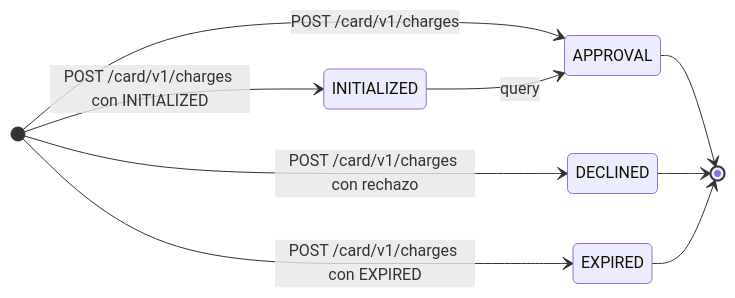
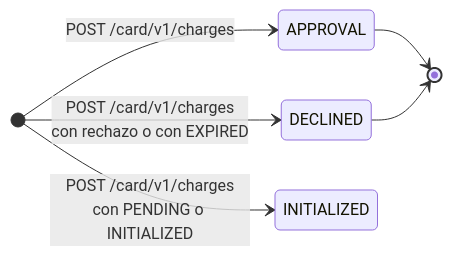
One commit to PurosBrothers/Kit-Pagos-Colombia---Tesis changed the sixth of 7 diagrams in docs/02-arquitectura/3-api-de-simulacion.md. Above: the diagram before and after it, drawn with Mermaid. The commit also changed other lines of this file and 8 other files, not shown here.

````diff
--- a/docs/02-arquitectura/3-api-de-simulacion.md
+++ b/docs/02-arquitectura/3-api-de-simulacion.md
@@ -287,12 +319,9 @@
 ```mermaid
 stateDiagram-v2
     direction LR
     [*] --> APPROVAL : POST /card/v1/charges
-    [*] --> DECLINED : POST /card/v1/charges con rechazo
-    [*] --> EXPIRED : POST /card/v1/charges con EXPIRED
-    [*] --> INITIALIZED : POST /card/v1/charges con INITIALIZED
-    INITIALIZED --> APPROVAL : query
+    [*] --> DECLINED : POST /card/v1/charges<br/>con rechazo o con EXPIRED
+    [*] --> INITIALIZED : POST /card/v1/charges<br/>con PENDING o INITIALIZED
     APPROVAL --> [*]
     DECLINED --> [*]
-    EXPIRED --> [*]
 ```
````
